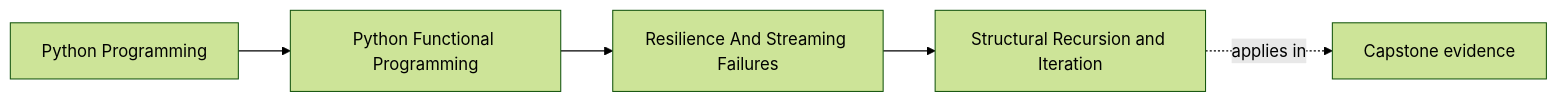
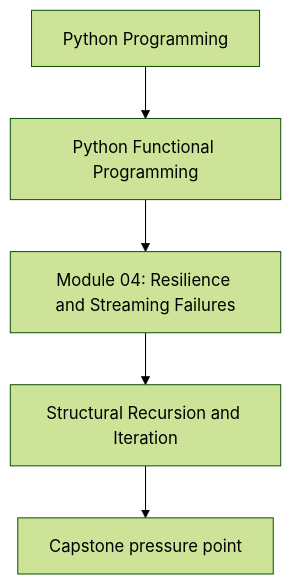
One commit to bijux/bijux-masterclass changed the first of 3 diagrams in programs/python-programming/python-functional-programming/course-book/module-04-resilience-and-streaming-failures/structural-recursion-and-iteration.md. Above: the diagram before and after it, drawn with Mermaid (forest theme). The commit also changed other lines of this file and 118 other files, not shown here.

Commit message:
docs(python-functional-programming): align concept page diagrams

````diff
--- a/programs/python-programming/python-functional-programming/course-book/module-04-resilience-and-streaming-failures/structural-recursion-and-iteration.md
+++ b/programs/python-programming/python-functional-programming/course-book/module-04-resilience-and-streaming-failures/structural-recursion-and-iteration.md
@@ -7,11 +7,7 @@
 ```mermaid
-graph LR
-  family["Python Programming"]
-  program["Python Functional Programming"]
-  section["Resilience And Streaming Failures"]
-  page["Structural Recursion and Iteration"]
-  capstone["Capstone evidence"]
-
-  family --> program --> section --> page
-  page -.applies in.-> capstone
+flowchart TD
+  family["Python Programming"] --> program["Python Functional Programming"]
+  program --> module["Module 04: Resilience and Streaming Failures"]
+  module --> concept["Structural Recursion and Iteration"]
+  concept --> capstone["Capstone pressure point"]
 ```
````
